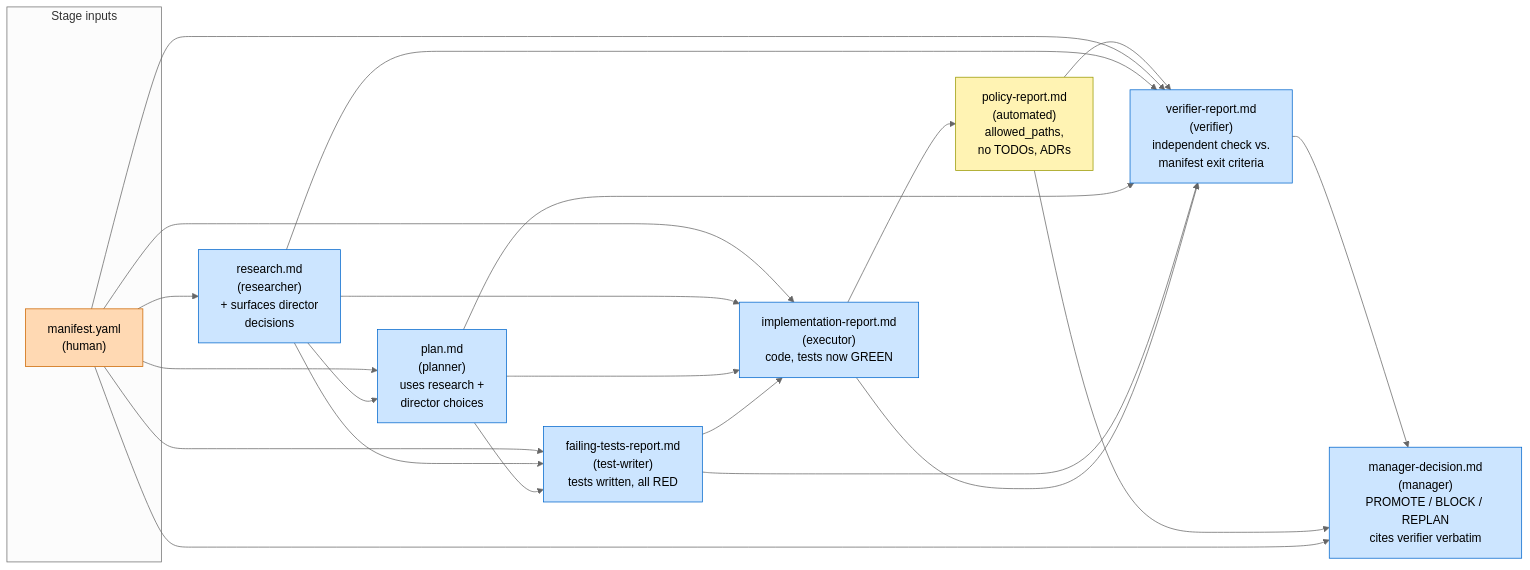
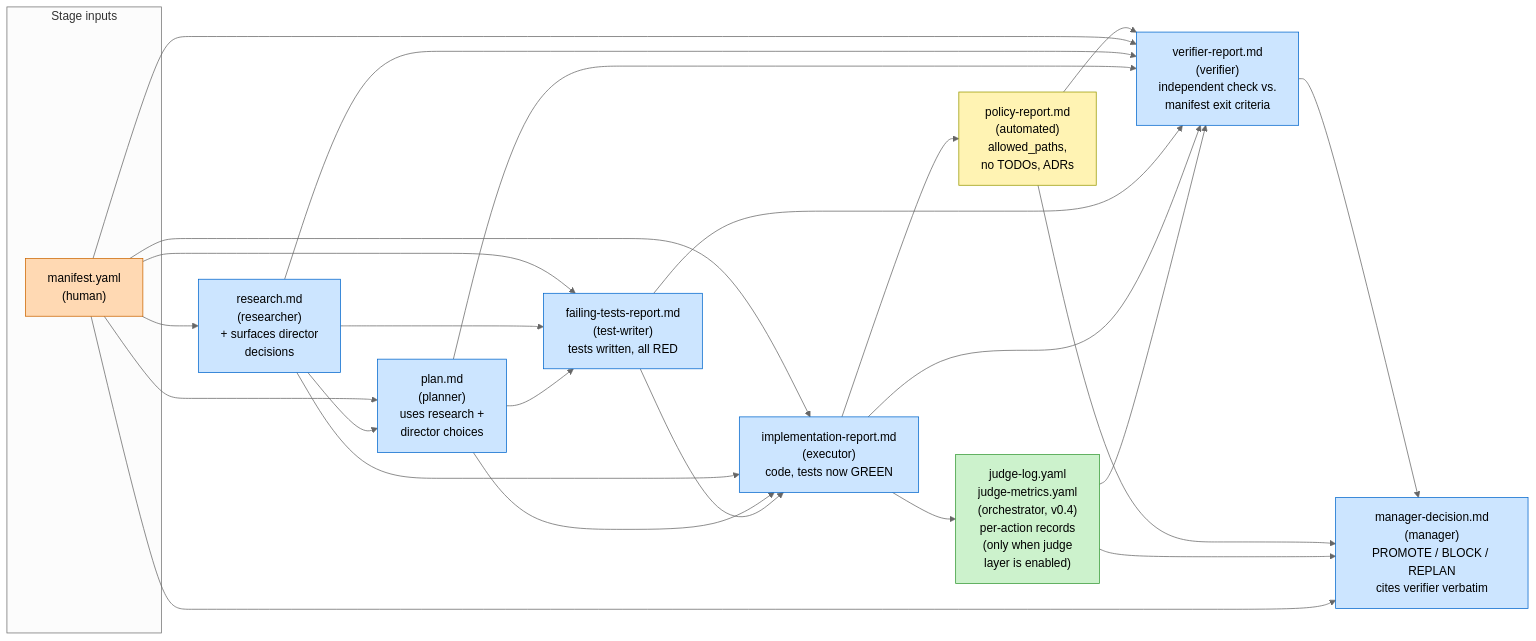
One commit to scottconverse/agent-pipeline-claude changed the third of 10 diagrams in ARCHITECTURE.md. Above: the diagram before and after it, drawn with Mermaid (neutral theme). The commit also changed other lines of this file and 15 other files, not shown here.

````diff
--- a/ARCHITECTURE.md
+++ b/ARCHITECTURE.md
@@ -114,34 +114,39 @@
 ```mermaid
 flowchart LR
     subgraph Inputs["Stage inputs"]
         I0["manifest.yaml<br/>(human)"]
     end
 
     I0 --> R["research.md<br/>(researcher)<br/>+ surfaces director<br/>decisions"]
     I0 --> P["plan.md<br/>(planner)<br/>uses research +<br/>director choices"]
     R --> P
     I0 --> TW["failing-tests-report.md<br/>(test-writer)<br/>tests written, all RED"]
     R --> TW
     P --> TW
     I0 --> E["implementation-report.md<br/>(executor)<br/>code, tests now GREEN"]
     R --> E
     P --> E
     TW --> E
+    E --> JL["judge-log.yaml<br/>judge-metrics.yaml<br/>(orchestrator, v0.4)<br/>per-action records<br/>(only when judge<br/>layer is enabled)"]
     E --> POL["policy-report.md<br/>(automated)<br/>allowed_paths,<br/>no TODOs, ADRs"]
     POL --> V["verifier-report.md<br/>(verifier)<br/>independent check vs.<br/>manifest exit criteria"]
     I0 --> V
     R --> V
     P --> V
     TW --> V
     E --> V
+    JL --> V
     V --> MGR["manager-decision.md<br/>(manager)<br/>PROMOTE / BLOCK / REPLAN<br/>cites verifier verbatim"]
     POL --> MGR
+    JL --> MGR
     I0 --> MGR
 
     classDef human fill:#ffd9b3,stroke:#cc6600,color:#000
     classDef agent fill:#cce5ff,stroke:#0066cc,color:#000
     classDef policy fill:#fff3b3,stroke:#999900,color:#000
+    classDef judge fill:#ccf2cc,stroke:#339933,color:#000
     class I0 human
     class R,P,TW,E,V,MGR agent
     class POL policy
+    class JL judge
 ```
````
